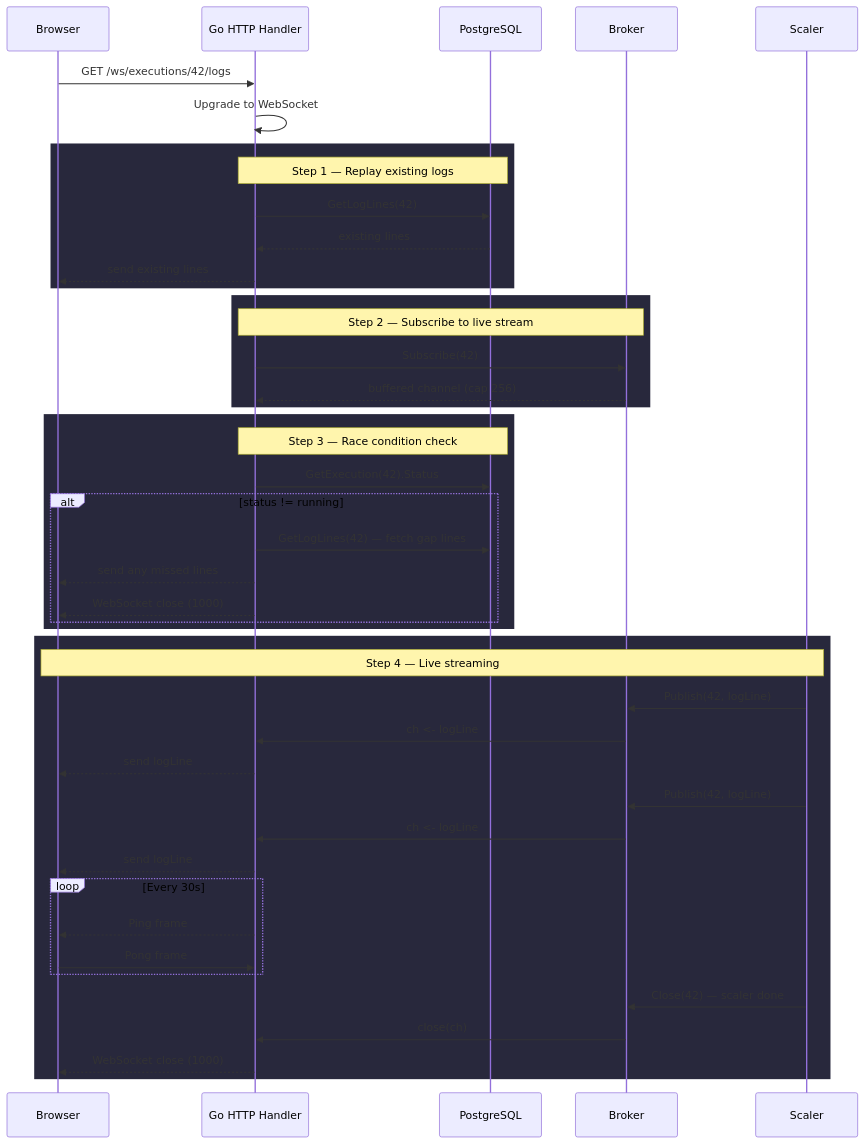
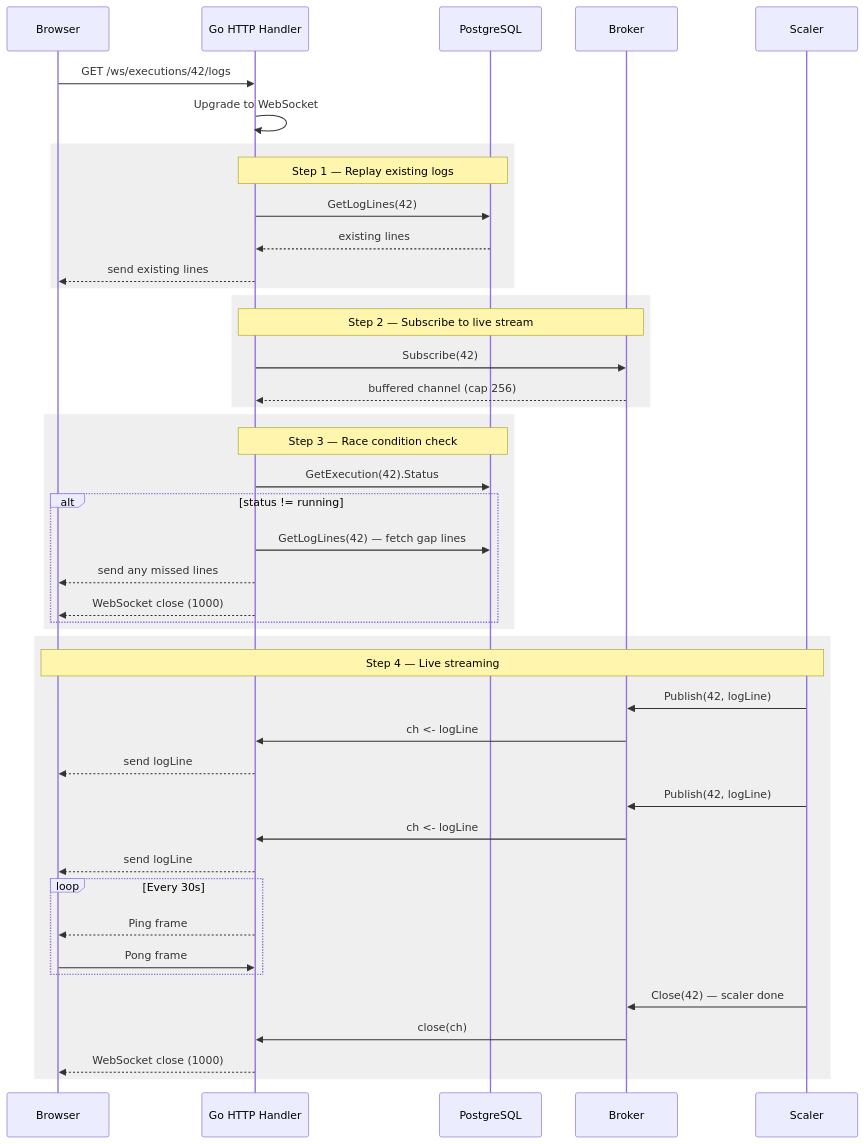
Before and after one commit to MacXsimilian/kube-phoenix: the fourth of 8 diagrams in ARCHITECTURE.md, drawn with Mermaid.

Commit message:
docs: fix WebSocket diagram readability on light/dark themes
Replace dark rgb(40,40,60) rect backgrounds with transparent
rgba(100,100,100,0.1) so text is readable on both GitHub themes.

````diff
--- a/ARCHITECTURE.md
+++ b/ARCHITECTURE.md
@@ -1620,54 +1620,54 @@
 ```mermaid
 sequenceDiagram
     participant B as Browser
     participant H as Go HTTP Handler
     participant DB as PostgreSQL
     participant Br as Broker
     participant S as Scaler
 
     B->>H: GET /ws/executions/42/logs
     H->>H: Upgrade to WebSocket
 
-    rect rgb(40, 40, 60)
+    rect rgba(100, 100, 100, 0.1)
         Note over H,DB: Step 1 — Replay existing logs
         H->>DB: GetLogLines(42)
         DB-->>H: existing lines
         H-->>B: send existing lines
     end
 
-    rect rgb(40, 40, 60)
+    rect rgba(100, 100, 100, 0.1)
         Note over H,Br: Step 2 — Subscribe to live stream
         H->>Br: Subscribe(42)
         Br-->>H: buffered channel (cap 256)
     end
 
-    rect rgb(40, 40, 60)
+    rect rgba(100, 100, 100, 0.1)
         Note over H,DB: Step 3 — Race condition check
         H->>DB: GetExecution(42).Status
         alt status != running
             H->>DB: GetLogLines(42) — fetch gap lines
             H-->>B: send any missed lines
             H-->>B: WebSocket close (1000)
         end
     end
 
-    rect rgb(40, 40, 60)
+    rect rgba(100, 100, 100, 0.1)
         Note over B,S: Step 4 — Live streaming
         S->>Br: Publish(42, logLine)
         Br->>H: ch <- logLine
         H-->>B: send logLine
 
         S->>Br: Publish(42, logLine)
         Br->>H: ch <- logLine
         H-->>B: send logLine
 
         loop Every 30s
             H-->>B: Ping frame
             B->>H: Pong frame
         end
 
         S->>Br: Close(42) — scaler done
         Br->>H: close(ch)
         H-->>B: WebSocket close (1000)
     end
 ```
````
